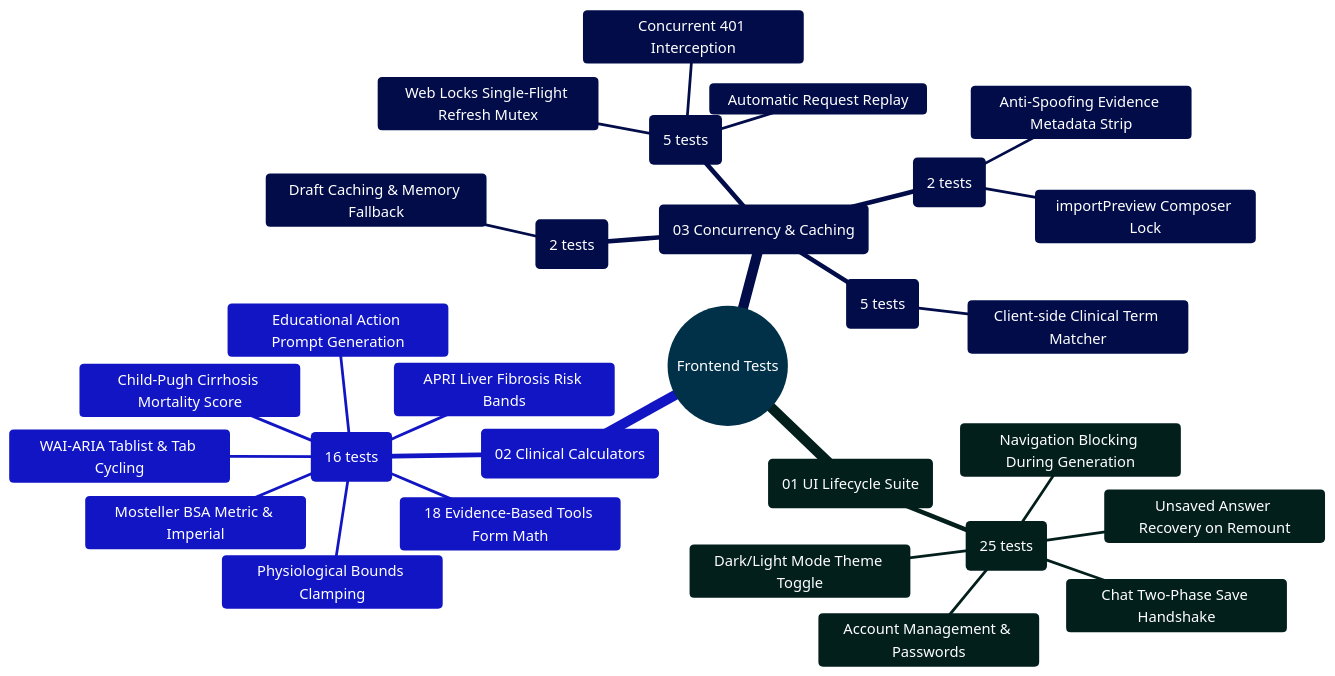
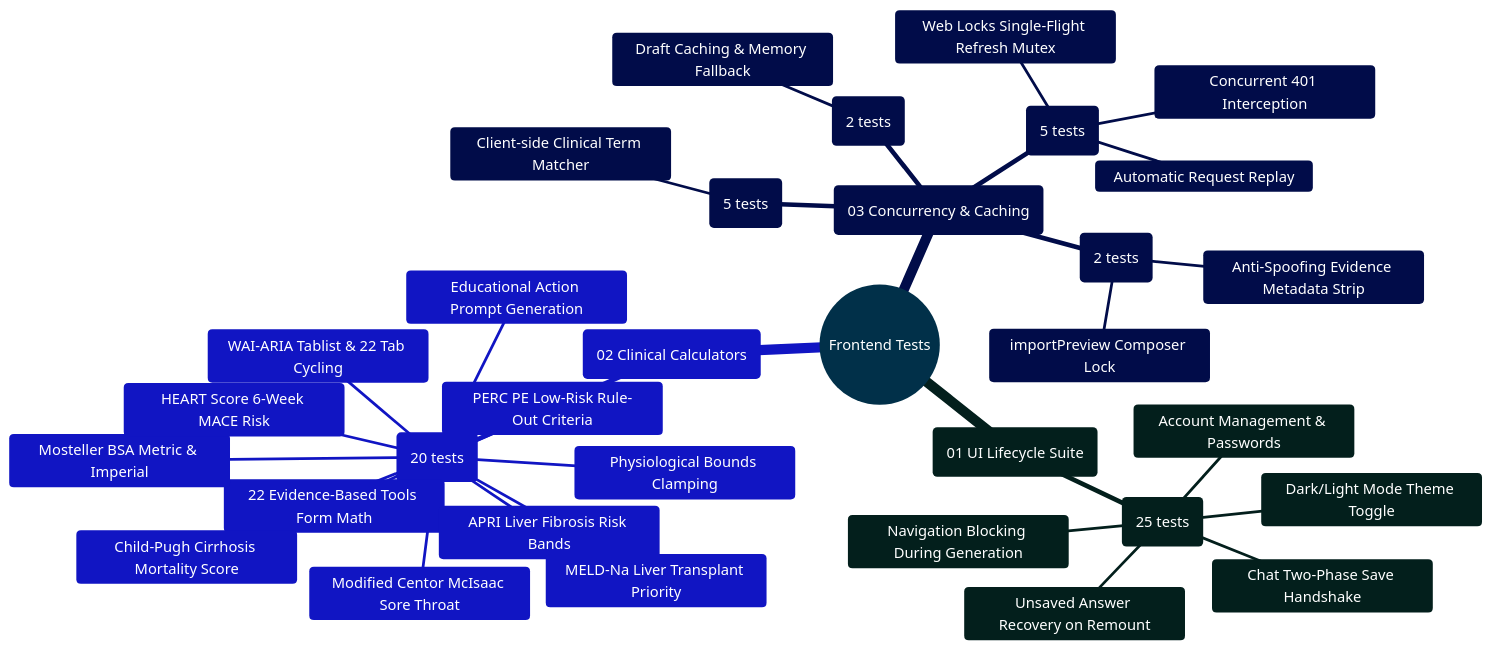
One commit to Ganesh172919/React-App-LLM changed the diagram in frontend/src/test/README.md. Above: the diagram before and after it, drawn with Mermaid. The commit also changed other lines of this file and 39 other files, not shown here.

````diff
--- a/frontend/src/test/README.md
+++ b/frontend/src/test/README.md
@@ -53,34 +53,38 @@
 ```mermaid
 %%{init: {'theme': 'base', 'themeVariables': { 'primaryColor': '#0284c7', 'primaryTextColor': '#ffffff', 'primaryBorderColor': '#0369a1', 'lineColor': '#0284c7', 'secondaryColor': '#0d9488', 'tertiaryColor': '#6366f1' }}}%%
 mindmap
   root((Frontend Tests))
     ::icon(fa fa-vial)
     (01 UI Lifecycle Suite)
       ui.test.jsx (25 tests)
         Account Management & Passwords
         Chat Two-Phase Save Handshake
         Navigation Blocking During Generation
         Unsaved Answer Recovery on Remount
         Dark/Light Mode Theme Toggle
     (02 Clinical Calculators)
-      clinicalCalculators.test.jsx (16 tests)
-        18 Evidence-Based Tools Form Math
+      clinicalCalculators.test.jsx (20 tests)
+        22 Evidence-Based Tools Form Math
         Physiological Bounds Clamping
         Mosteller BSA Metric & Imperial
         APRI Liver Fibrosis Risk Bands
         Child-Pugh Cirrhosis Mortality Score
-        WAI-ARIA Tablist & Tab Cycling
+        MELD-Na Liver Transplant Priority
+        Modified Centor McIsaac Sore Throat
+        HEART Score 6-Week MACE Risk
+        PERC PE Low-Risk Rule-Out Criteria
+        WAI-ARIA Tablist & 22 Tab Cycling
         Educational Action Prompt Generation
     (03 Concurrency & Caching)
       api.test.js (5 tests)
         Web Locks Single-Flight Refresh Mutex
         Concurrent 401 Interception
         Automatic Request Replay
       tabStorage.test.js (2 tests)
         Draft Caching & Memory Fallback
       conversationImport.test.js (2 tests)
         Anti-Spoofing Evidence Metadata Strip
         importPreview Composer Lock
       medicalDetector.test.js (5 tests)
         Client-side Clinical Term Matcher
 ```
````
